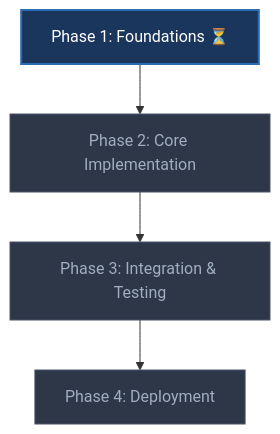
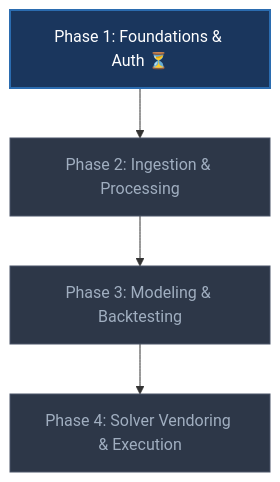
Before and after one commit to JubileeZ/FPL-Jubilee-Ascent: the diagram in ROADMAP.md, drawn with Mermaid. The commit also changed other lines of this file and 32 other files, not shown here.

````diff
--- a/ROADMAP.md
+++ b/ROADMAP.md
@@ -25,11 +20,11 @@
 ```mermaid
 flowchart TD
-    P1["Phase 1: Foundations ⏳"] --> P2["Phase 2: Core Implementation"]
-    P2 --> P3["Phase 3: Integration & Testing"]
-    P3 --> P4["Phase 4: Deployment"]
+    P1["Phase 1: Foundations & Auth ⏳"] --> P2["Phase 2: Ingestion & Processing"]
+    P2 --> P3["Phase 3: Modeling & Backtesting"]
+    P3 --> P4["Phase 4: Solver Vendoring & Execution"]
 
     style P1 fill:#1a365d,stroke:#2b6cb0,stroke-width:2px,color:#fff
     style P2 fill:#2d3748,stroke:#4a5568,stroke-width:1px,color:#a0aec0
     style P3 fill:#2d3748,stroke:#4a5568,stroke-width:1px,color:#a0aec0
     style P4 fill:#2d3748,stroke:#4a5568,stroke-width:1px,color:#a0aec0
 ```
````
